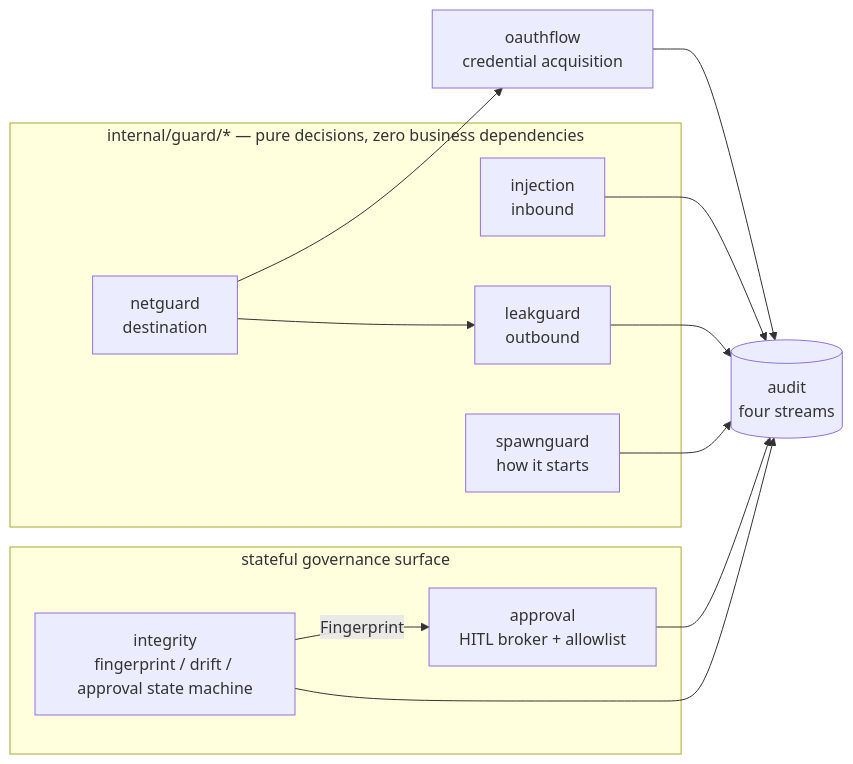
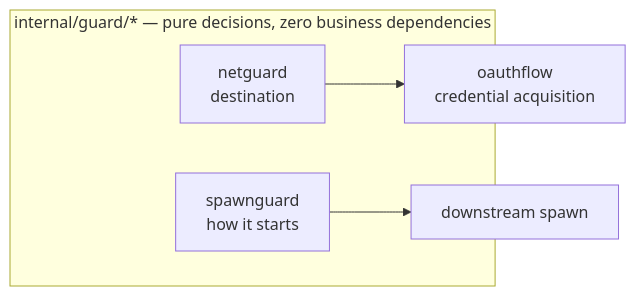
Before and after one commit to dinstein/agent-hub: the diagram in docs/modules/security.md, drawn with Mermaid. The commit also changed other lines of this file and 16 other files, not shown here.

First line of the commit message:
docs: security, flows and canonical; retire the rulings that no longer rule

````diff
--- a/docs/modules/security.md
+++ b/docs/modules/security.md
@@ -21,25 +28,11 @@
 ```mermaid
 flowchart LR
     subgraph base["internal/guard/* — pure decisions, zero business dependencies"]
-        INJ[injection<br/>inbound]
-        LEAK[leakguard<br/>outbound]
         NET[netguard<br/>destination]
         SPAWN[spawnguard<br/>how it starts]
     end
-    subgraph governance["stateful governance surface"]
-        INT[integrity<br/>fingerprint / drift / approval state machine]
-        APV[approval<br/>HITL broker + allowlist]
-    end
     OAUTH[oauthflow<br/>credential acquisition]
-    AUD[(audit<br/>four streams)]
 
-    INJ --> AUD
-    LEAK --> AUD
     NET --> OAUTH
-    NET --> LEAK
-    SPAWN --> AUD
-    INT -- Fingerprint --> APV
-    APV --> AUD
-    INT --> AUD
-    OAUTH --> AUD
+    SPAWN --> DOWN[downstream spawn]
 ```
````
